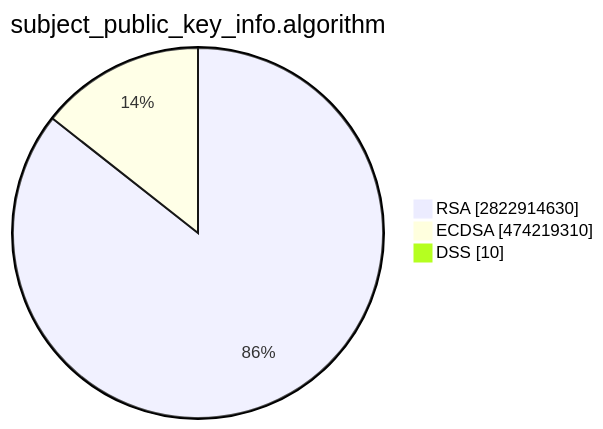
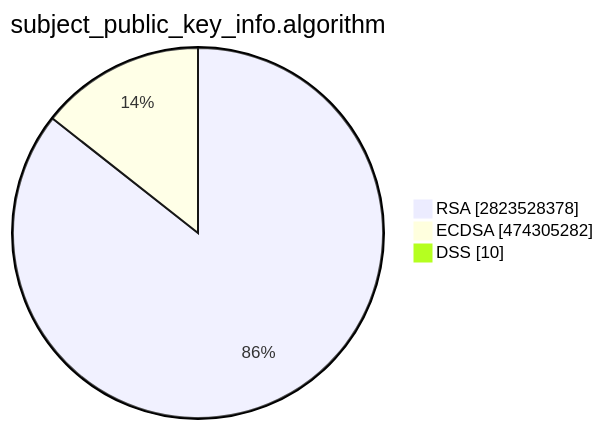
Before and after one commit to christiankrug/ctmonitor_visualization: the second of 15 diagrams in TOTAL/README.md, drawn with Mermaid. The commit also changed other lines of this file, not shown here.

````diff
--- a/TOTAL/README.md
+++ b/TOTAL/README.md
@@ -6,7 +6,7 @@
 ```mermaid
 pie showData
 title subject_public_key_info.algorithm
-"RSA" :2822914630
-"ECDSA" :474219310
+"RSA" :2823528378
+"ECDSA" :474305282
 "DSS" :10
 ```
````
